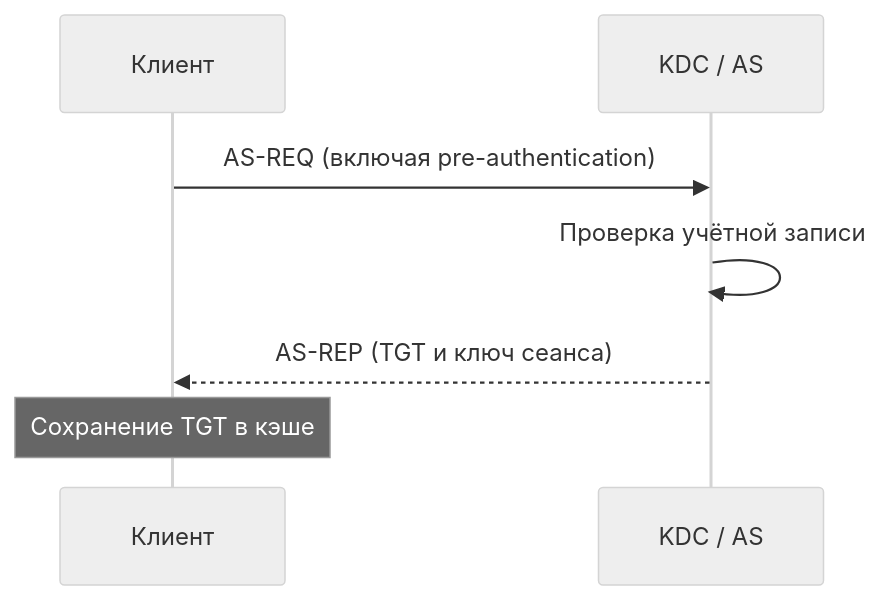
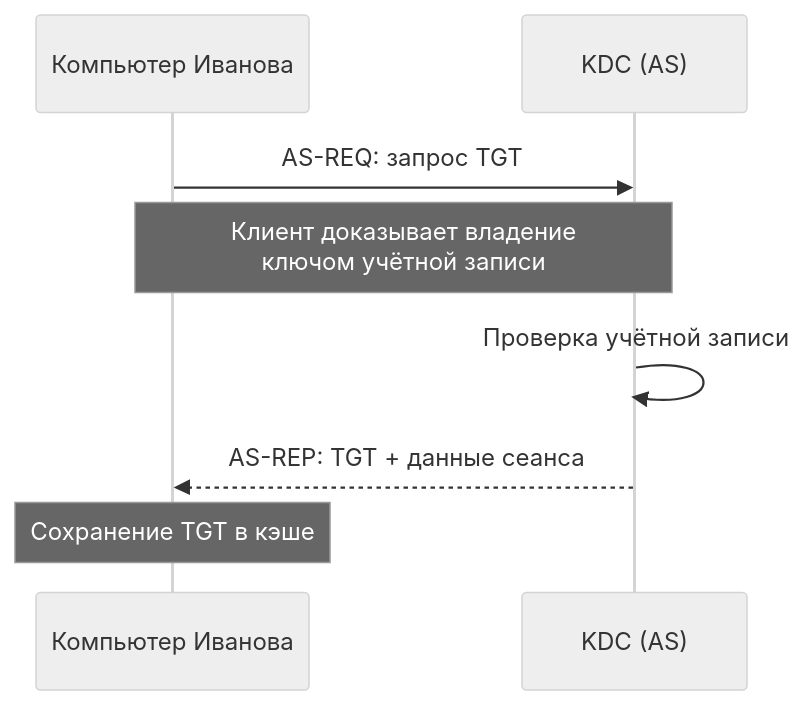
The third of 9 diagrams in DevOps/Сетевое и системное администрирование/3. Доменная инфраструктура/0. Основы доменной инфраструктуры/4. Kerberos — архитектура и процесс аутентификации.md (Dzhambulat-Kagermanov/obsidian-vault), drawn with Mermaid (neutral theme) before and after one commit. The commit also changed other lines of this file, not shown here.

````diff
--- a/DevOps/Сетевое и системное администрирование/3. Доменная инфраструктура/0. Основы доменной инфраструктуры/4. Kerberos — архитектура и процесс аутентификации.md
+++ b/DevOps/Сетевое и системное администрирование/3. Доменная инфраструктура/0. Основы доменной инфраструктуры/4. Kerberos — архитектура и процесс аутентификации.md
@@ -59,9 +115,10 @@
 ```mermaid
 sequenceDiagram
-    participant C as Клиент
-    participant K as KDC / AS
-    C->>K: AS-REQ (включая pre-authentication)
+    participant C as Компьютер Иванова
+    participant K as KDC (AS)
+    C->>K: AS-REQ: запрос TGT
+    Note over C,K: Клиент доказывает владение<br/>ключом учётной записи
     K->>K: Проверка учётной записи
-    K-->>C: AS-REP (TGT и ключ сеанса)
+    K-->>C: AS-REP: TGT + данные сеанса
     Note over C: Сохранение TGT в кэше
 ```
````
